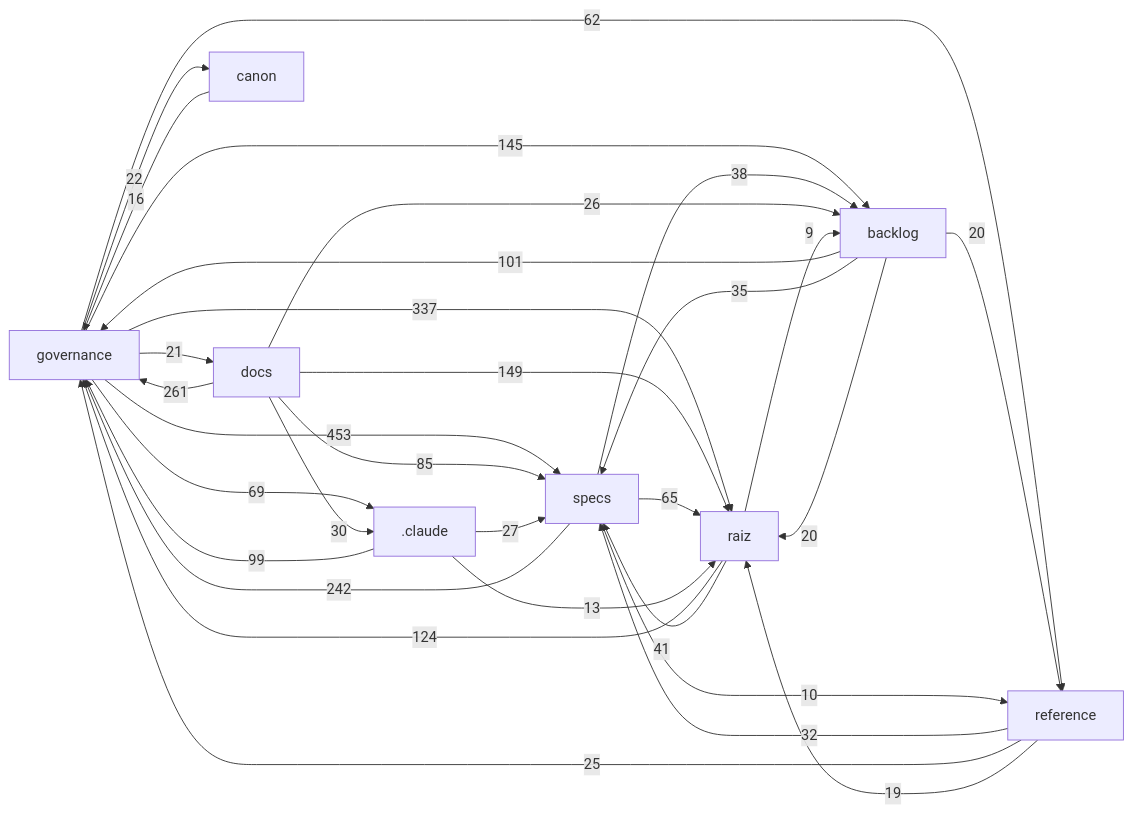
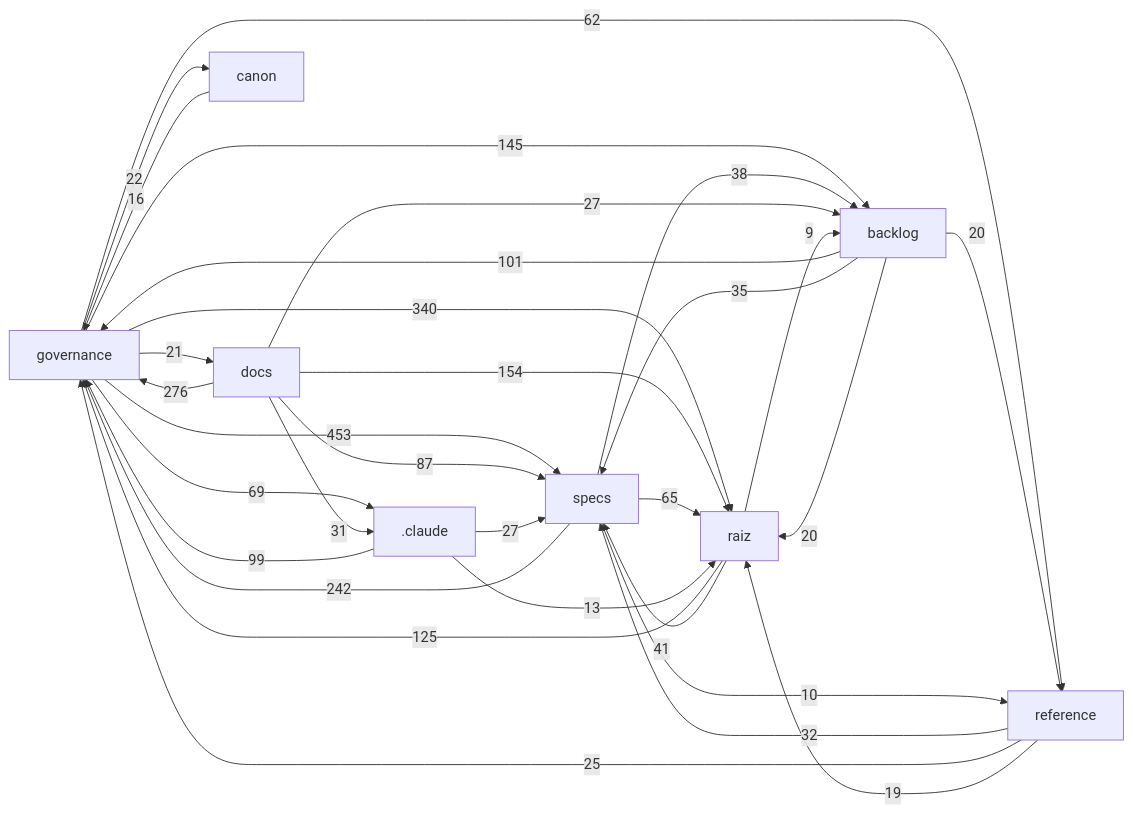
Before and after one commit to Andraus35/Sistema-Operacional-de-Trading--SOT: the diagram in docs/mapa/MAPA-PROJETO.md, drawn with Mermaid. The commit also changed other lines of this file and 14 other files, not shown here.

First line of the commit message:
DHR-COESAO-001: COE-01/02/04/05 bloqueantes, caixa ROADMAP.md nos agentes, registro de mecanismos (PROPOSTA) + COE-14, CODEOWNERS +7; HANDOFF HO-25

````diff
--- a/docs/mapa/MAPA-PROJETO.md
+++ b/docs/mapa/MAPA-PROJETO.md
@@ -29,33 +29,33 @@
 ```mermaid
 flowchart LR
   governance["governance"] -->|453| specs["specs"]
-  governance["governance"] -->|337| raiz["raiz"]
-  docs["docs"] -->|261| governance["governance"]
+  governance["governance"] -->|340| raiz["raiz"]
+  docs["docs"] -->|276| governance["governance"]
   specs["specs"] -->|242| governance["governance"]
-  docs["docs"] -->|149| raiz["raiz"]
+  docs["docs"] -->|154| raiz["raiz"]
   governance["governance"] -->|145| backlog["backlog"]
-  raiz["raiz"] -->|124| governance["governance"]
+  raiz["raiz"] -->|125| governance["governance"]
   backlog["backlog"] -->|101| governance["governance"]
   _claude[".claude"] -->|99| governance["governance"]
-  docs["docs"] -->|85| specs["specs"]
+  docs["docs"] -->|87| specs["specs"]
   governance["governance"] -->|69| _claude[".claude"]
   specs["specs"] -->|65| raiz["raiz"]
   governance["governance"] -->|62| reference["reference"]
   raiz["raiz"] -->|41| specs["specs"]
   specs["specs"] -->|38| backlog["backlog"]
   backlog["backlog"] -->|35| specs["specs"]
   reference["reference"] -->|32| specs["specs"]
-  docs["docs"] -->|30| _claude[".claude"]
+  docs["docs"] -->|31| _claude[".claude"]
   _claude[".claude"] -->|27| specs["specs"]
-  docs["docs"] -->|26| backlog["backlog"]
+  docs["docs"] -->|27| backlog["backlog"]
   reference["reference"] -->|25| governance["governance"]
   governance["governance"] -->|22| canon["canon"]
   governance["governance"] -->|21| docs["docs"]
   backlog["backlog"] -->|20| raiz["raiz"]
   backlog["backlog"] -->|20| reference["reference"]
   reference["reference"] -->|19| raiz["raiz"]
   canon["canon"] -->|16| governance["governance"]
   _claude[".claude"] -->|13| raiz["raiz"]
   specs["specs"] -->|10| reference["reference"]
   raiz["raiz"] -->|9| backlog["backlog"]
 ```
````
